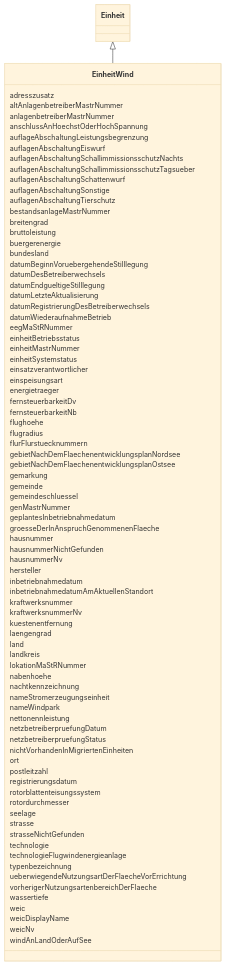
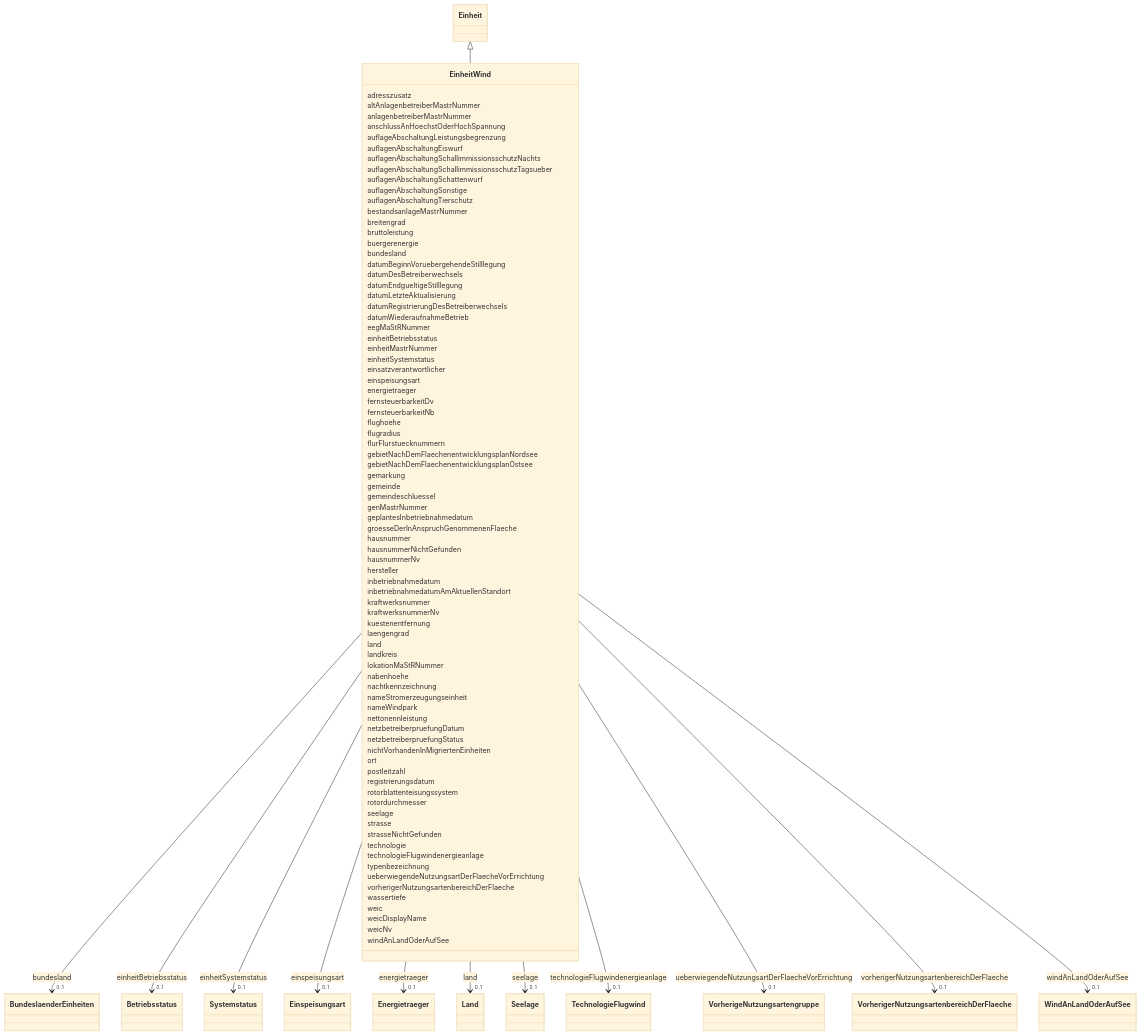
One commit to FlorianK13/mastr-model changed the diagram in docs/schema/classes/EinheitWind.md. Above: the diagram before and after it, drawn with Mermaid (base theme). The commit also changed other lines of this file and 86 other files, not shown here.

````diff
--- a/docs/schema/classes/EinheitWind.md
+++ b/docs/schema/classes/EinheitWind.md
@@ -54,6 +54,15 @@
         
       EinheitWind : bundesland
         
+          
+    
+        
+        
+        EinheitWind --> "0..1" BundeslaenderEinheiten : bundesland
+        click BundeslaenderEinheiten href "../../enums/BundeslaenderEinheiten/"
+    
+
+        
       EinheitWind : datumBeginnVoruebergehendeStilllegung
         
       EinheitWind : datumDesBetreiberwechsels
@@ -70,15 +79,51 @@
         
       EinheitWind : einheitBetriebsstatus
         
+          
+    
+        
+        
+        EinheitWind --> "0..1" Betriebsstatus : einheitBetriebsstatus
+        click Betriebsstatus href "../../enums/Betriebsstatus/"
+    
+
+        
       EinheitWind : einheitMastrNummer
         
       EinheitWind : einheitSystemstatus
+        
+          
+    
+        
+        
+        EinheitWind --> "0..1" Systemstatus : einheitSystemstatus
+        click Systemstatus href "../../enums/Systemstatus/"
+    
+
         
       EinheitWind : einsatzverantwortlicher
         
       EinheitWind : einspeisungsart
         
+          
+    
+        
+        
+        EinheitWind --> "0..1" Einspeisungsart : einspeisungsart
+        click Einspeisungsart href "../../enums/Einspeisungsart/"
+    
+
+        
       EinheitWind : energietraeger
+        
+          
+    
+        
+        
+        EinheitWind --> "0..1" Energietraeger : energietraeger
+        click Energietraeger href "../../enums/Energietraeger/"
+    
+
         
       EinheitWind : fernsteuerbarkeitDv
         
@@ -128,6 +173,15 @@
         
       EinheitWind : land
         
+          
+    
+        
+        
+        EinheitWind --> "0..1" Land : land
+        click Land href "../../enums/Land/"
+    
+
+        
       EinheitWind : landkreis
         
       EinheitWind : lokationMaStRNummer
@@ -160,6 +214,15 @@
         
       EinheitWind : seelage
         
+          
+    
+        
+        
+        EinheitWind --> "0..1" Seelage : seelage
+        click Seelage href "../../enums/Seelage/"
+    
+
+        
       EinheitWind : strasse
         
       EinheitWind : strasseNichtGefunden
@@ -168,11 +231,38 @@
         
       EinheitWind : technologieFlugwindenergieanlage
         
+          
+    
+        
+        
+        EinheitWind --> "0..1" TechnologieFlugwind : technologieFlugwindenergieanlage
+        click TechnologieFlugwind href "../../enums/TechnologieFlugwind/"
+    
+
+        
       EinheitWind : typenbezeichnung
         
       EinheitWind : ueberwiegendeNutzungsartDerFlaecheVorErrichtung
         
+          
+    
+        
+        
+        EinheitWind --> "0..1" VorherigeNutzungsartengruppe : ueberwiegendeNutzungsartDerFlaecheVorErrichtung
+        click VorherigeNutzungsartengruppe href "../../enums/VorherigeNutzungsartengruppe/"
+    
+
+        
       EinheitWind : vorherigerNutzungsartenbereichDerFlaeche
+        
+          
+    
+        
+        
+        EinheitWind --> "0..1" VorherigerNutzungsartenbereichDerFlaeche : vorherigerNutzungsartenbereichDerFlaeche
+        click VorherigerNutzungsartenbereichDerFlaeche href "../../enums/VorherigerNutzungsartenbereichDerFlaeche/"
+    
+
         
       EinheitWind : wassertiefe
         
@@ -184,5 +274,14 @@
         
       EinheitWind : windAnLandOderAufSee
         
+          
+    
+        
+        
+        EinheitWind --> "0..1" WindAnLandOderAufSee : windAnLandOderAufSee
+        click WindAnLandOderAufSee href "../../enums/WindAnLandOderAufSee/"
+    
+
+        
       
 ```
````
